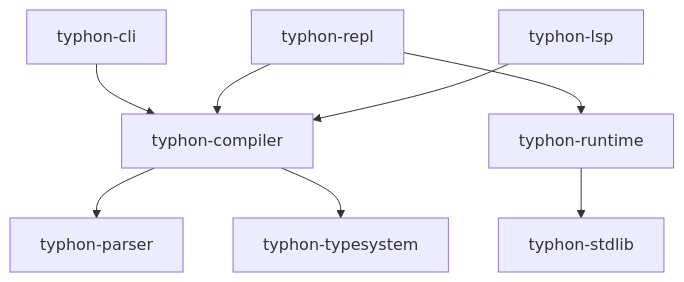
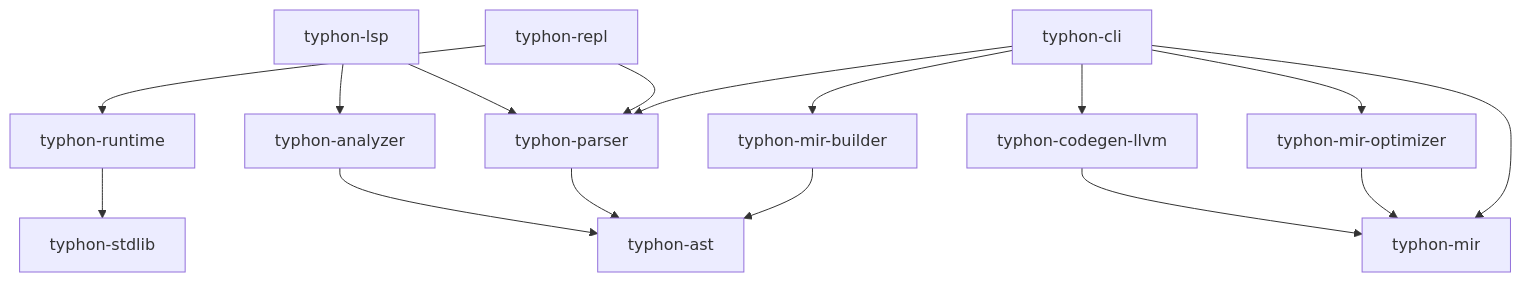
The second of 2 diagrams in CODEMAP.md (typhon-dev/typhon), drawn with Mermaid before and after one commit. The commit also changed other lines of this file and 12 other files, not shown here.

````diff
--- a/CODEMAP.md
+++ b/CODEMAP.md
@@ -161,10 +163,18 @@
 ```mermaid
 graph TD
-    CLI[typhon-cli] --> Compiler[typhon-compiler]
-    Compiler --> Parser[typhon-parser]
-    REPL[typhon-repl] --> Compiler
+    CLI[typhon-cli] --> Parser[typhon-parser]
+    CLI --> MIR[typhon-mir]
+    CLI --> MIRBuilder[typhon-mir-builder]
+    CLI --> MIROptimizer[typhon-mir-optimizer]
+    CLI --> CodeGenLLVM[typhon-codegen-llvm]
+    REPL[typhon-repl] --> Parser
     REPL --> Runtime[typhon-runtime]
-    LSP[typhon-lsp] --> Compiler
+    LSP[typhon-lsp] --> Parser
+    LSP --> Analyzer[typhon-analyzer]
     Runtime --> StdLib[typhon-stdlib]
-    Compiler --> TypeSystem[typhon-typesystem]
+    MIRBuilder --> AST[typhon-ast]
+    Parser --> AST
+    Analyzer --> AST
+    MIROptimizer --> MIR
+    CodeGenLLVM --> MIR
 ```
````
